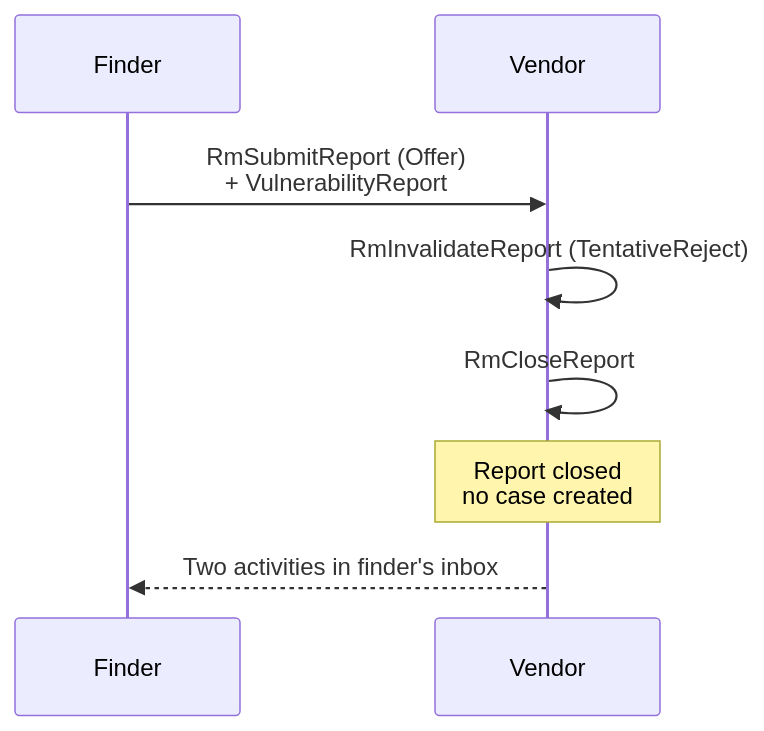
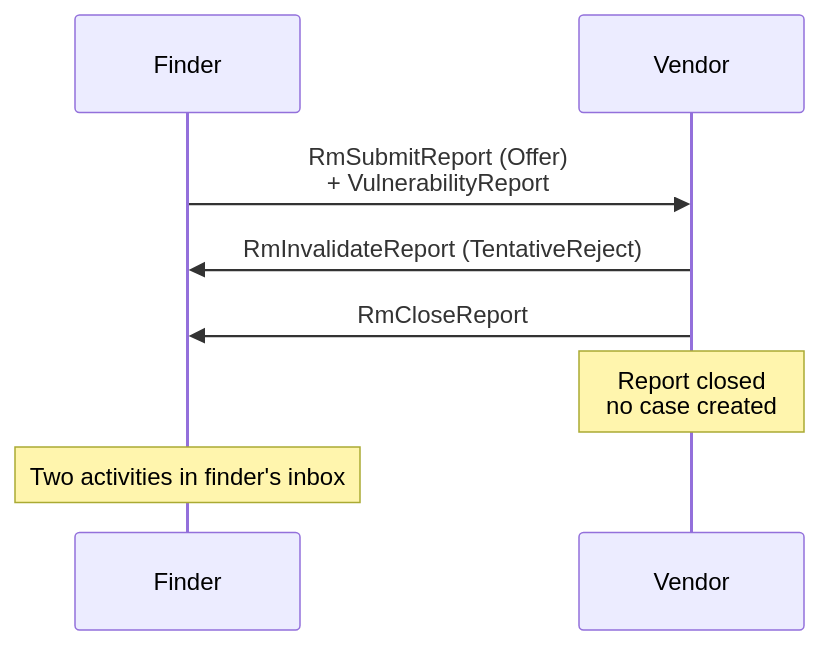
The third of 3 diagrams in docs/tutorials/receive_report_demo.md (CERTCC/Vultron), drawn with Mermaid before and after one commit. The commit also changed other lines of this file and 5 other files, not shown here.

````diff
--- a/docs/tutorials/receive_report_demo.md
+++ b/docs/tutorials/receive_report_demo.md
@@ -162,11 +158,11 @@
 ```mermaid
 sequenceDiagram
     participant F as Finder
     participant V as Vendor
 
     F->>V: RmSubmitReport (Offer)<br/>+ VulnerabilityReport
-    V->>V: RmInvalidateReport (TentativeReject)
-    V->>V: RmCloseReport
+    V->>F: RmInvalidateReport (TentativeReject)
+    V->>F: RmCloseReport
     Note over V: Report closed<br/>no case created
-    V-->>F: Two activities in finder's inbox
+    Note over F: Two activities in finder's inbox
 ```
````
